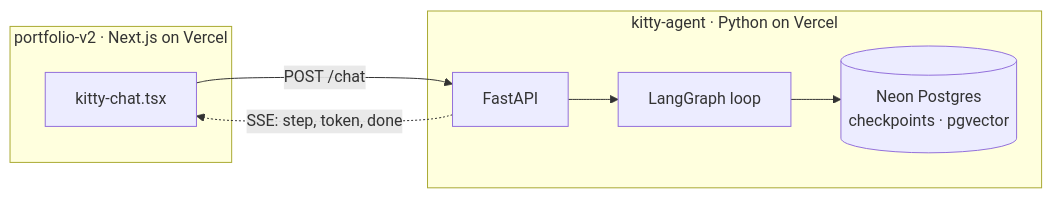
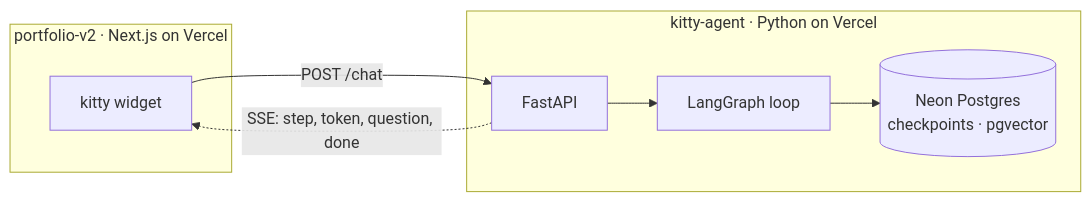
Before and after one commit to vroslmend/kitty-agent: the first of 2 diagrams in README.md, drawn with Mermaid. The commit also changed other lines of this file and 1 other file, not shown here.

First line of the commit message:
Add kitty widget integration docs and repository mark (#2)

````diff
--- a/README.md
+++ b/README.md
@@ -19,17 +19,17 @@
 ```mermaid
 flowchart LR
     subgraph pf["portfolio-v2 · Next.js on Vercel"]
-        widget["kitty-chat.tsx"]
+        widget["kitty widget"]
     end
 
     subgraph ka["kitty-agent · Python on Vercel"]
         api["FastAPI"]
         loop["LangGraph loop"]
         store[("Neon Postgres<br/>checkpoints · pgvector")]
         api --> loop
         loop --> store
     end
 
     widget -->|"POST /chat"| api
-    api -.->|"SSE: step, token, done"| widget
+    api -.->|"SSE: step, token, question, done"| widget
 ```
````
